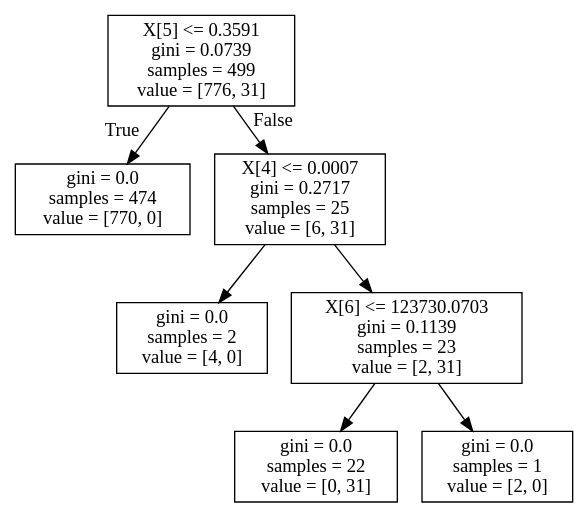
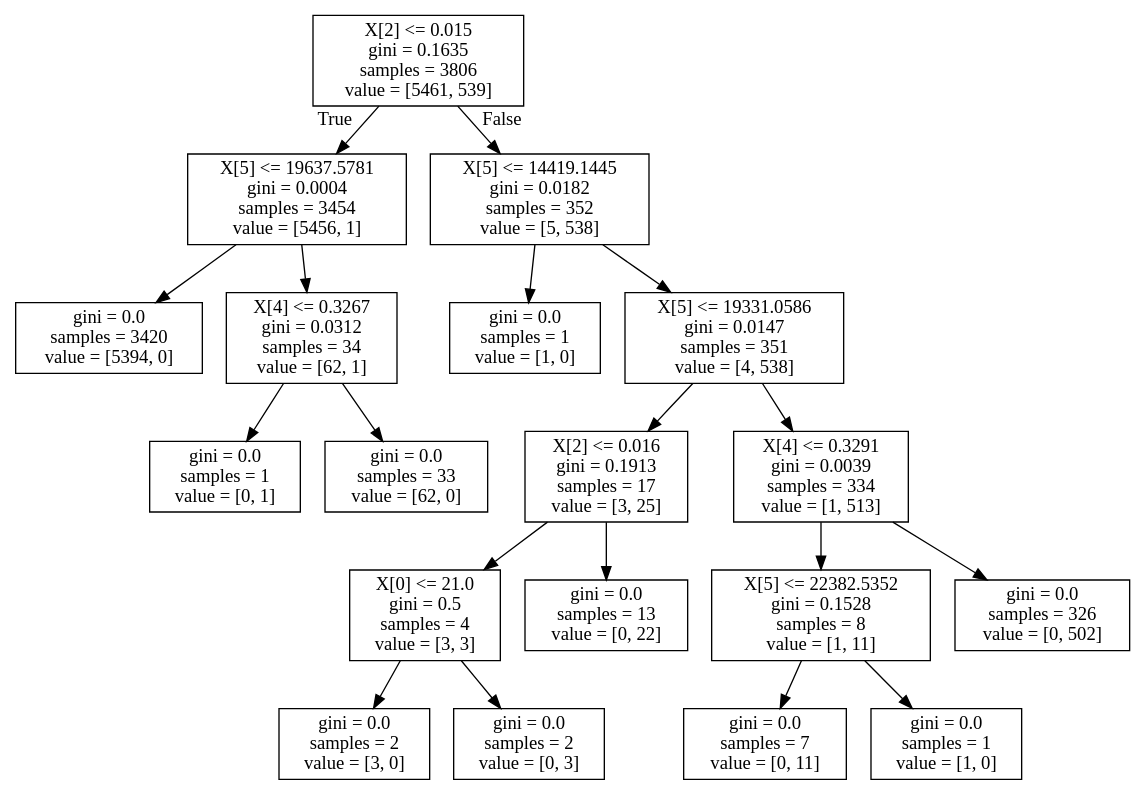
Before and after one commit to imwack/facebook: the diagram in 0.dot, drawn with Graphviz. The commit also changed 16 other files, not shown here.

Commit message:
random graph 10000 nodes

```diff
--- a/0.dot
+++ b/0.dot
@@ -1,16 +1,40 @@
 digraph Tree {
 node [shape=box] ;
-0 [label="X[5] <= 0.3591\ngini = 0.0739\nsamples = 499\nvalue = [776, 31]"] ;
-1 [label="gini = 0.0\nsamples = 474\nvalue = [770, 0]"] ;
+0 [label="X[2] <= 0.015\ngini = 0.1635\nsamples = 3806\nvalue = [5461, 539]"] ;
+1 [label="X[5] <= 19637.5781\ngini = 0.0004\nsamples = 3454\nvalue = [5456, 1]"] ;
 0 -> 1 [labeldistance=2.5, labelangle=45, headlabel="True"] ;
-2 [label="X[4] <= 0.0007\ngini = 0.2717\nsamples = 25\nvalue = [6, 31]"] ;
-0 -> 2 [labeldistance=2.5, labelangle=-45, headlabel="False"] ;
-3 [label="gini = 0.0\nsamples = 2\nvalue = [4, 0]"] ;
-2 -> 3 ;
-4 [label="X[6] <= 123730.0703\ngini = 0.1139\nsamples = 23\nvalue = [2, 31]"] ;
-2 -> 4 ;
-5 [label="gini = 0.0\nsamples = 22\nvalue = [0, 31]"] ;
-4 -> 5 ;
-6 [label="gini = 0.0\nsamples = 1\nvalue = [2, 0]"] ;
-4 -> 6 ;
+2 [label="gini = 0.0\nsamples = 3420\nvalue = [5394, 0]"] ;
+1 -> 2 ;
+3 [label="X[4] <= 0.3267\ngini = 0.0312\nsamples = 34\nvalue = [62, 1]"] ;
+1 -> 3 ;
+4 [label="gini = 0.0\nsamples = 1\nvalue = [0, 1]"] ;
+3 -> 4 ;
+5 [label="gini = 0.0\nsamples = 33\nvalue = [62, 0]"] ;
+3 -> 5 ;
+6 [label="X[5] <= 14419.1445\ngini = 0.0182\nsamples = 352\nvalue = [5, 538]"] ;
+0 -> 6 [labeldistance=2.5, labelangle=-45, headlabel="False"] ;
+7 [label="gini = 0.0\nsamples = 1\nvalue = [1, 0]"] ;
+6 -> 7 ;
+8 [label="X[5] <= 19331.0586\ngini = 0.0147\nsamples = 351\nvalue = [4, 538]"] ;
+6 -> 8 ;
+9 [label="X[2] <= 0.016\ngini = 0.1913\nsamples = 17\nvalue = [3, 25]"] ;
+8 -> 9 ;
+10 [label="X[0] <= 21.0\ngini = 0.5\nsamples = 4\nvalue = [3, 3]"] ;
+9 -> 10 ;
+11 [label="gini = 0.0\nsamples = 2\nvalue = [3, 0]"] ;
+10 -> 11 ;
+12 [label="gini = 0.0\nsamples = 2\nvalue = [0, 3]"] ;
+10 -> 12 ;
+13 [label="gini = 0.0\nsamples = 13\nvalue = [0, 22]"] ;
+9 -> 13 ;
+14 [label="X[4] <= 0.3291\ngini = 0.0039\nsamples = 334\nvalue = [1, 513]"] ;
+8 -> 14 ;
+15 [label="X[5] <= 22382.5352\ngini = 0.1528\nsamples = 8\nvalue = [1, 11]"] ;
+14 -> 15 ;
+16 [label="gini = 0.0\nsamples = 7\nvalue = [0, 11]"] ;
+15 -> 16 ;
+17 [label="gini = 0.0\nsamples = 1\nvalue = [1, 0]"] ;
+15 -> 17 ;
+18 [label="gini = 0.0\nsamples = 326\nvalue = [0, 502]"] ;
+14 -> 18 ;
 }
```
